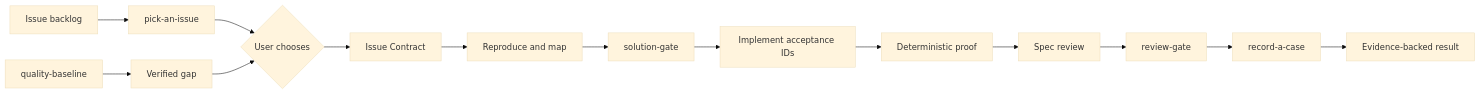
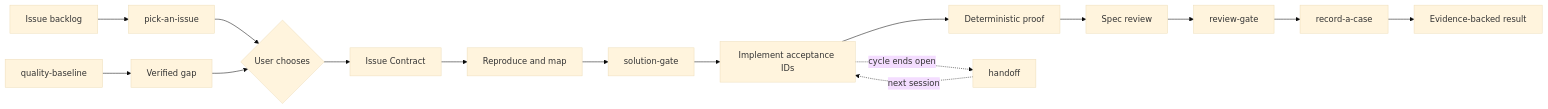
One commit to Railly/skills changed the diagram in README.md. Above: the diagram before and after it, drawn with Mermaid (base theme). The commit also changed other lines of this file and 13 other files, not shown here.

First line of the commit message:
handoff: close an open cycle, and restore a green validate job (#6)

````diff
--- a/README.md
+++ b/README.md
@@ -63,16 +67,18 @@
 ```mermaid
 flowchart LR
   Baseline[quality-baseline] --> Gap[Verified gap]
   Backlog[Issue backlog] --> Pick[pick-an-issue]
   Pick --> Choice{User chooses}
   Gap --> Choice
   Choice --> Contract[Issue Contract]
   Contract --> Reproduce[Reproduce and map]
   Reproduce --> Shape[solution-gate]
   Shape --> Change[Implement acceptance IDs]
   Change --> Proof[Deterministic proof]
   Proof --> Spec[Spec review]
   Spec --> Review[review-gate]
   Review --> Case[record-a-case]
   Case --> Result[Evidence-backed result]
+  Change -.cycle ends open.-> Handoff[handoff]
+  Handoff -.next session.-> Change
 ```
````
